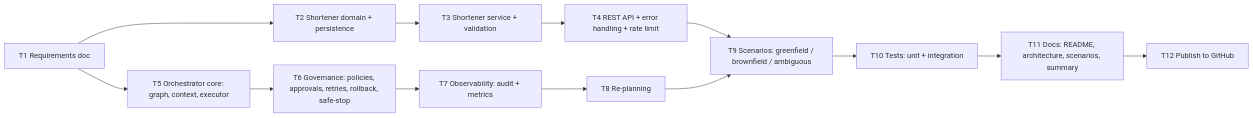
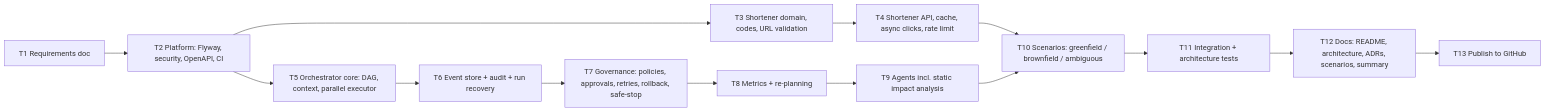
Before and after one commit to PratyushaVakkantula/agentic-url-shortener: the diagram in docs/requirements.md, drawn with Mermaid. The commit also changed other lines of this file, not shown here.

Commit message:
docs: raise bar - event sourcing, approval binding, RBAC, static analysis, perf

````diff
--- a/docs/requirements.md
+++ b/docs/requirements.md
@@ -93,15 +104,16 @@
 ```mermaid
 graph LR
-  T1[T1 Requirements doc] --> T2[T2 Shortener domain + persistence]
-  T2 --> T3[T3 Shortener service + validation]
-  T3 --> T4[T4 REST API + error handling + rate limit]
-  T1 --> T5[T5 Orchestrator core: graph, context, executor]
-  T5 --> T6[T6 Governance: policies, approvals, retries, rollback, safe-stop]
-  T6 --> T7[T7 Observability: audit + metrics]
-  T7 --> T8[T8 Re-planning]
-  T4 --> T9[T9 Scenarios: greenfield / brownfield / ambiguous]
-  T8 --> T9
-  T9 --> T10[T10 Tests: unit + integration]
-  T10 --> T11[T11 Docs: README, architecture, scenarios, summary]
-  T11 --> T12[T12 Publish to GitHub]
+  T1[T1 Requirements doc] --> T2[T2 Platform: Flyway, security, OpenAPI, CI]
+  T2 --> T3[T3 Shortener domain, codes, URL validation]
+  T3 --> T4[T4 Shortener API, cache, async clicks, rate limit]
+  T2 --> T5[T5 Orchestrator core: DAG, context, parallel executor]
+  T5 --> T6[T6 Event store + audit + run recovery]
+  T6 --> T7[T7 Governance: policies, approvals, retries, rollback, safe-stop]
+  T7 --> T8[T8 Metrics + re-planning]
+  T8 --> T9[T9 Agents incl. static impact analysis]
+  T4 --> T10[T10 Scenarios: greenfield / brownfield / ambiguous]
+  T9 --> T10
+  T10 --> T11[T11 Integration + architecture tests]
+  T11 --> T12[T12 Docs: README, architecture, ADRs, scenarios, summary]
+  T12 --> T13[T13 Publish to GitHub]
 ```
````
